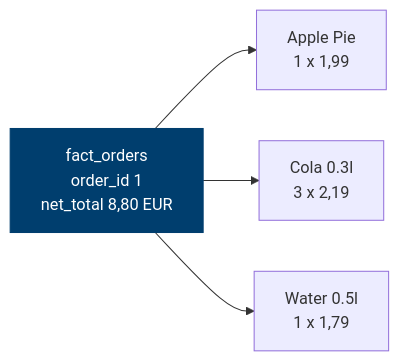
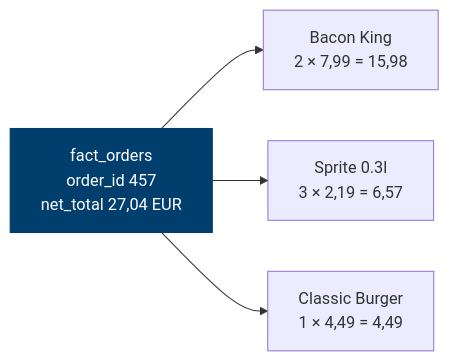
One commit to swrobuts/BurgerMetrics changed the diagram in slides/diagramme/06_granularitaet.mmd. Above: the diagram before and after it, drawn with Mermaid. The commit also changed 20 other files, not shown here.

```diff
--- a/slides/diagramme/06_granularitaet.mmd
+++ b/slides/diagramme/06_granularitaet.mmd
@@ -1,9 +1,9 @@
 flowchart LR
-    B["fact_orders<br/>order_id 1<br/>net_total 8,80 EUR"]
-    P1["Apple Pie<br/>1 x 1,99"]
-    P2["Cola 0.3l<br/>3 x 2,19"]
-    P3["Water 0.5l<br/>1 x 1,79"]
+    B["fact_orders<br/>order_id 457<br/>net_total 27,04 EUR"]
+    P1["Bacon King<br/>2 × 7,99 = 15,98"]
+    P2["Sprite 0.3l<br/>3 × 2,19 = 6,57"]
+    P3["Classic Burger<br/>1 × 4,49 = 4,49"]
     B --> P1
     B --> P2
     B --> P3
     style B fill:#003E6E,color:#FFFFFF,stroke:#003E6E
```
